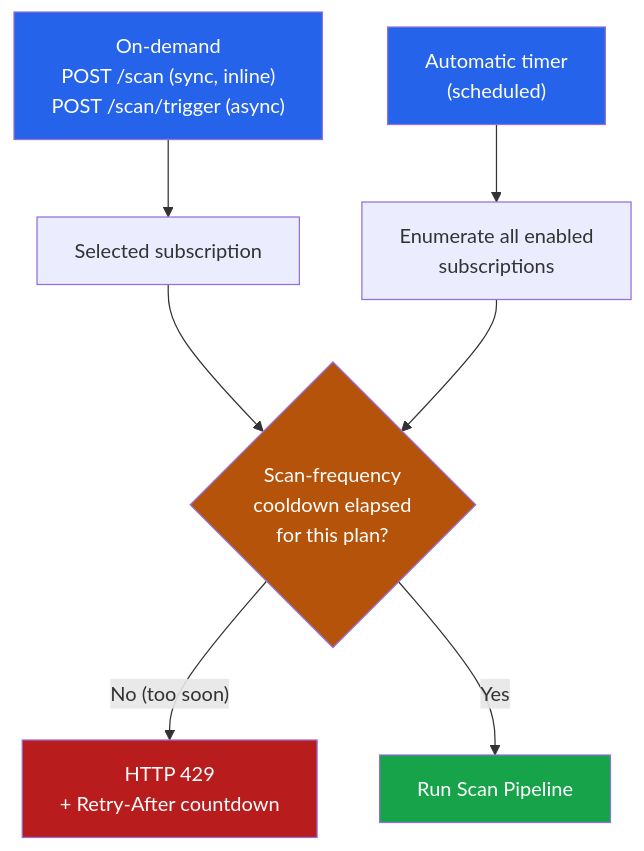
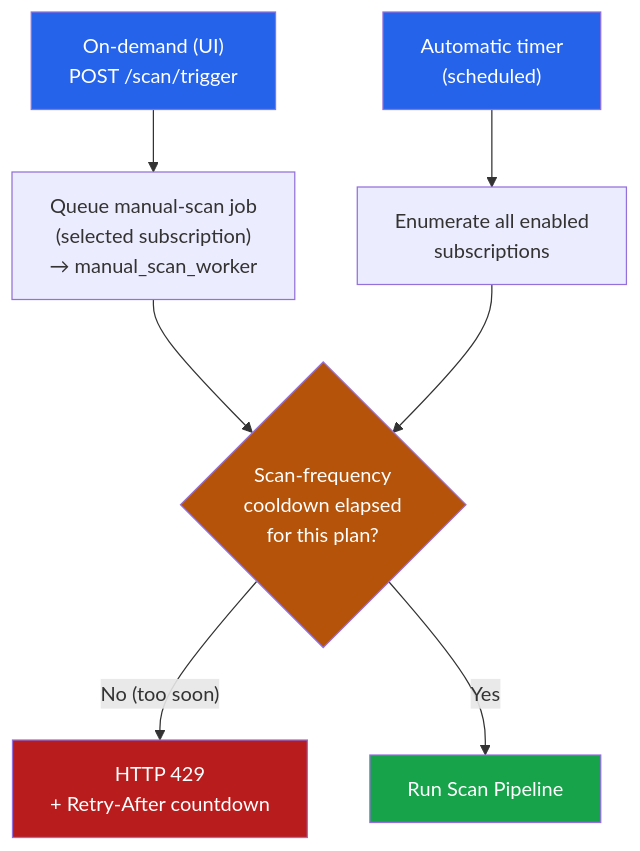
The second of 7 diagrams in docs/scan-pipeline-flow.md (sandyshd/CloudGuardIQ), drawn with Mermaid before and after one commit. The commit also changed other lines of this file, not shown here.

Commit message:
docs: clarify two active scan entry points; /scan is a non-UI endpoint

````diff
--- a/docs/scan-pipeline-flow.md
+++ b/docs/scan-pipeline-flow.md
@@ -65,17 +70,17 @@
 ```mermaid
 flowchart TD
-    T1["On-demand<br/>POST /scan (sync, inline)<br/>POST /scan/trigger (async)"] --> MQ["Selected subscription"]
+    T1["On-demand (UI)<br/>POST /scan/trigger"] --> MQ["Queue manual-scan job<br/>(selected subscription)<br/>→ manual_scan_worker"]
     MQ --> Gate
     T2["Automatic timer<br/>(scheduled)"] --> Fan["Enumerate all enabled<br/>subscriptions"]
     Fan --> Gate
 
     Gate{"Scan-frequency<br/>cooldown elapsed<br/>for this plan?"}
     Gate -- "No (too soon)" --> Deny["HTTP 429<br/>+ Retry-After countdown"]
     Gate -- "Yes" --> Run["Run Scan Pipeline"]
 
     style T1 fill:#2563eb,color:#fff
     style T2 fill:#2563eb,color:#fff
     style Gate fill:#b45309,color:#fff
     style Deny fill:#b91c1c,color:#fff
     style Run fill:#16a34a,color:#fff
 ```
````
